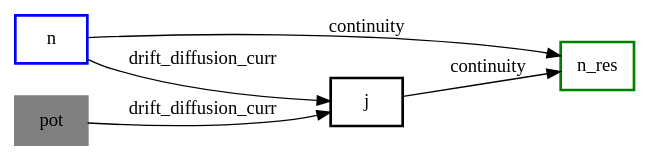
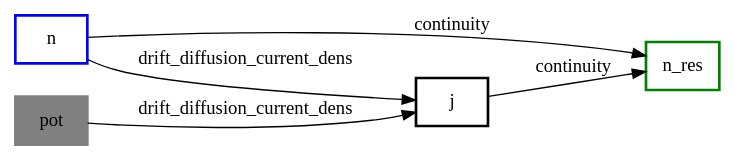
Before and after one commit to po1arbear21/cybear: the diagram in dd.gv, drawn with Graphviz. The commit also changed 15 other files, not shown here.

```diff
--- a/dd.gv
+++ b/dd.gv
@@ -1,16 +1,16 @@
 digraph mygraph {
   rankdir = "LR"
   node [shape=box]
   1 [color=blue label="n
 " penwidth=2.0]
   2 [color=green label="n_res
 " penwidth=2.0]
   3 [color=black label="j
 " penwidth=2.0]
   4 [color=black label="pot
 " penwidth=2.0 style=filled color=gray]
   3 -> 2 [label="continuity"]
   1 -> 2 [label="continuity"]
-  1 -> 3 [label="drift_diffusion_curr"]
-  4 -> 3 [label="drift_diffusion_curr"]
+  1 -> 3 [label="drift_diffusion_current_dens"]
+  4 -> 3 [label="drift_diffusion_current_dens"]
 }
```
